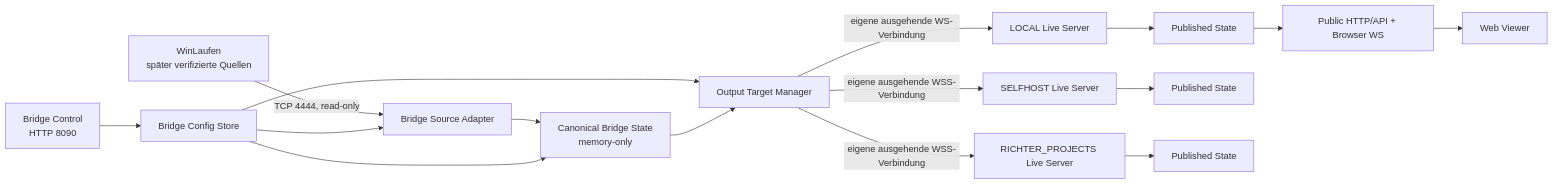
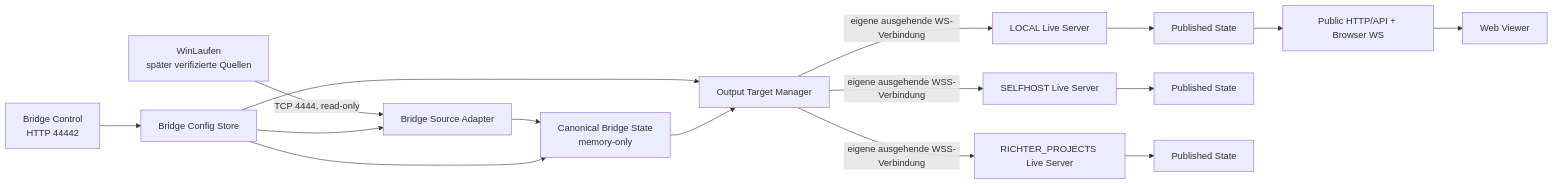
One commit to richtertoralf/winlaufen-web changed the second of 2 diagrams in docs/MODULAR_ARCHITECTURE.md. Above: the diagram before and after it, drawn with Mermaid. The commit also changed other lines of this file and 42 other files, not shown here.

````diff
--- a/docs/MODULAR_ARCHITECTURE.md
+++ b/docs/MODULAR_ARCHITECTURE.md
@@ -262,18 +262,18 @@
 ```mermaid
 flowchart LR
     SRC[WinLaufen<br/>später verifizierte Quellen] -->|TCP 4444, read-only| BA[Bridge Source Adapter]
     BA --> CBS[Canonical Bridge State<br/>memory-only]
     BC[Bridge Config Store] --> BA
     BC --> OT[Output Target Manager]
     BC --> CBS
-    CUI[Bridge Control<br/>HTTP 8090] --> BC
+    CUI[Bridge Control<br/>HTTP 44442] --> BC
     CBS --> OT
     OT -->|eigene ausgehende WS-Verbindung| LS1[LOCAL Live Server]
     OT -->|eigene ausgehende WSS-Verbindung| LS2[SELFHOST Live Server]
     OT -->|eigene ausgehende WSS-Verbindung| LS3[RICHTER_PROJECTS Live Server]
     LS1 --> PSS1[Published State]
     LS2 --> PSS2[Published State]
     LS3 --> PSS3[Published State]
     PSS1 --> API1[Public HTTP/API + Browser WS]
     API1 --> WV1[Web Viewer]
 ```
````
